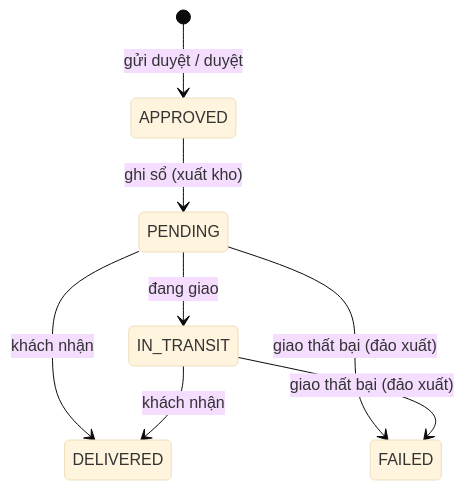
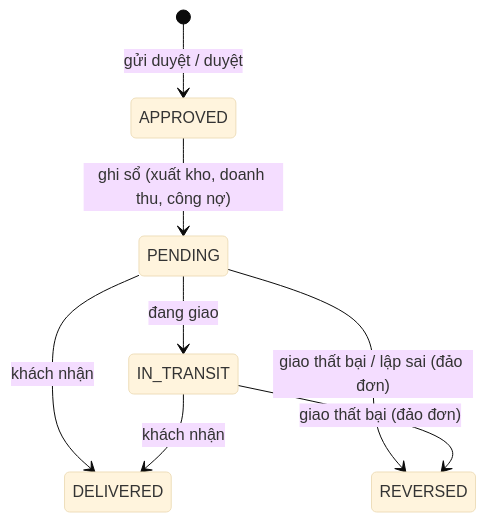
One commit to haict/pqb_ai changed the fifth of 13 diagrams in inventory-management-ai-skeleton/docs/05-workflow.md. Above: the diagram before and after it, drawn with Mermaid (base theme). The commit also changed other lines of this file and 223 other files, not shown here.

````diff
--- a/inventory-management-ai-skeleton/docs/05-workflow.md
+++ b/inventory-management-ai-skeleton/docs/05-workflow.md
@@ -87,10 +83,10 @@
 ```mermaid
 stateDiagram-v2
     [*] --> APPROVED: gửi duyệt / duyệt
-    APPROVED --> PENDING: ghi sổ (xuất kho)
+    APPROVED --> PENDING: ghi sổ (xuất kho, doanh thu, công nợ)
     PENDING --> IN_TRANSIT: đang giao
     PENDING --> DELIVERED: khách nhận
     IN_TRANSIT --> DELIVERED: khách nhận
-    PENDING --> FAILED: giao thất bại (đảo xuất)
-    IN_TRANSIT --> FAILED: giao thất bại (đảo xuất)
+    PENDING --> REVERSED: giao thất bại / lập sai (đảo đơn)
+    IN_TRANSIT --> REVERSED: giao thất bại (đảo đơn)
 ```
````
